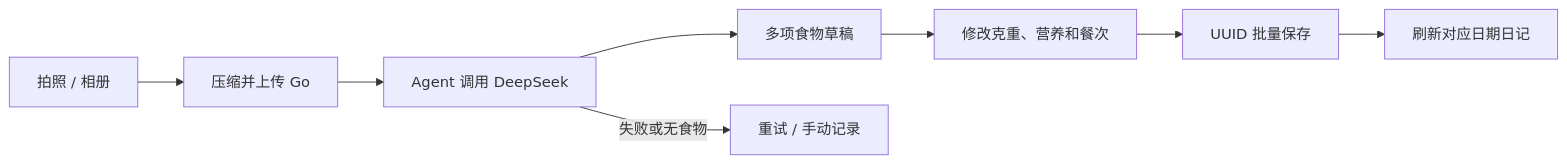
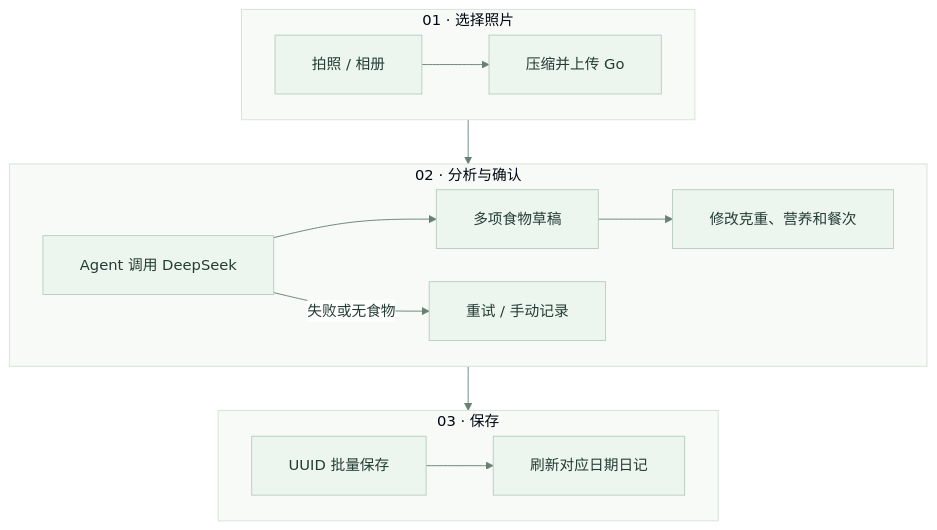
Before and after one commit to Green-hats/NutriGo: the diagram in docs/frontend.md, drawn with Mermaid. The commit also changed 11 other files, not shown here.

Commit message:
docs: redesign architecture diagrams and unify visual style

````diff
--- a/docs/frontend.md
+++ b/docs/frontend.md
@@ -45,10 +45,18 @@
 ```mermaid
-flowchart LR
-    Pick["拍照 / 相册"] --> Upload["压缩并上传 Go"]
-    Upload --> Analyze["Agent 调用 DeepSeek"]
-    Analyze --> Draft["多项食物草稿"]
-    Draft --> Edit["修改克重、营养和餐次"]
-    Edit --> Save["UUID 批量保存"]
-    Save --> Diary["刷新对应日期日记"]
-    Analyze -->|"失败或无食物"| Manual["重试 / 手动记录"]
+%%{init: {"theme":"base","themeVariables":{"fontFamily":"Arial, PingFang SC, Microsoft YaHei","fontSize":"16px","primaryColor":"#edf5ef","primaryTextColor":"#233d34","primaryBorderColor":"#b8ccc0","lineColor":"#668174","secondaryColor":"#eef4fa","tertiaryColor":"#fff8ed","clusterBkg":"#f7faf6","clusterBorder":"#d4e2d7","edgeLabelBackground":"#ffffff","actorBkg":"#eaf3ec","actorBorder":"#b8ccc0","actorTextColor":"#233d34","signalColor":"#557668","signalTextColor":"#233d34","noteBkgColor":"#fff7e8","noteTextColor":"#754f28","noteBorderColor":"#ddc6a7","activationBkgColor":"#e6f2f0","activationBorderColor":"#88b5ad"},"flowchart":{"curve":"basis","padding":20,"nodeSpacing":36,"rankSpacing":48},"sequence":{"actorMargin":36,"width":160,"height":60,"boxMargin":12,"messageMargin":35,"noteMargin":12,"mirrorActors":false}}}%%
+flowchart TB
+    subgraph CaptureStage["01 · 选择照片"]
+        direction LR
+        Pick["拍照 / 相册"] --> Upload["压缩并上传 Go"]
+    end
+    subgraph AnalysisStage["02 · 分析与确认"]
+        direction LR
+        Analyze["Agent 调用 DeepSeek"] --> Draft["多项食物草稿"] --> Edit["修改克重、营养和餐次"]
+        Analyze -->|"失败或无食物"| Manual["重试 / 手动记录"]
+    end
+    subgraph RecordStage["03 · 保存"]
+        direction LR
+        Save["UUID 批量保存"] --> Diary["刷新对应日期日记"]
+    end
+    CaptureStage --> AnalysisStage --> RecordStage
 ```
````
